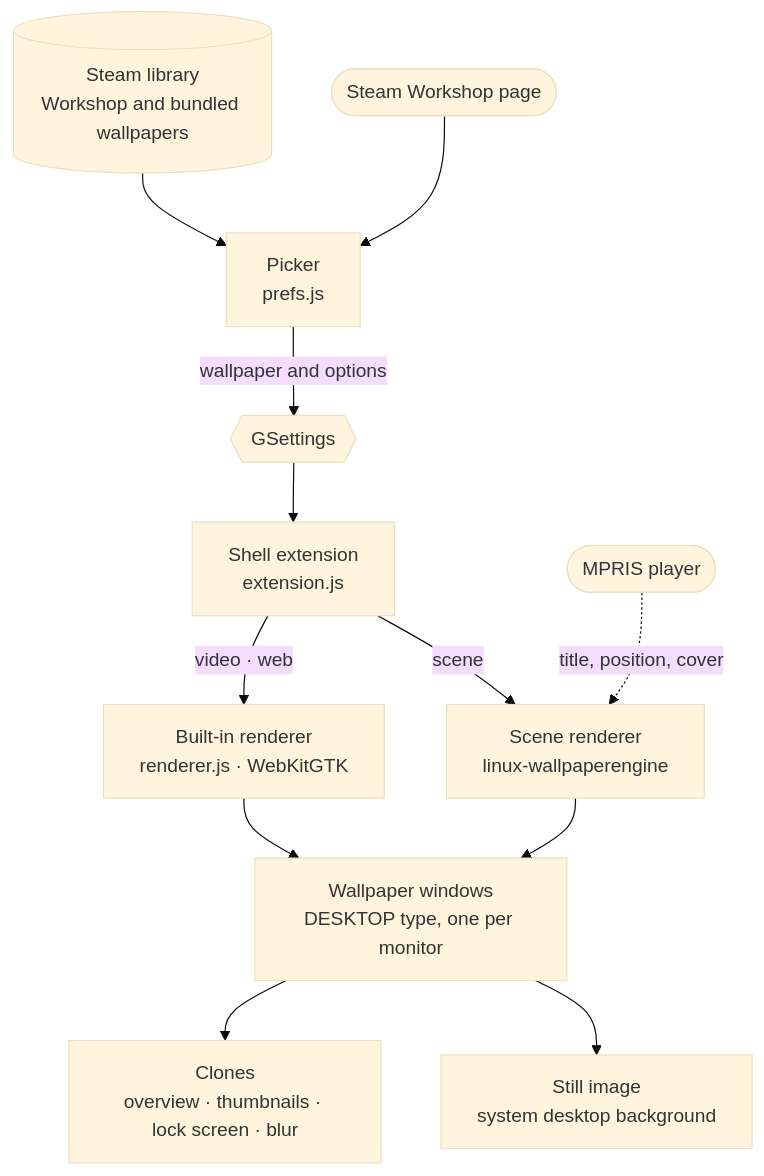
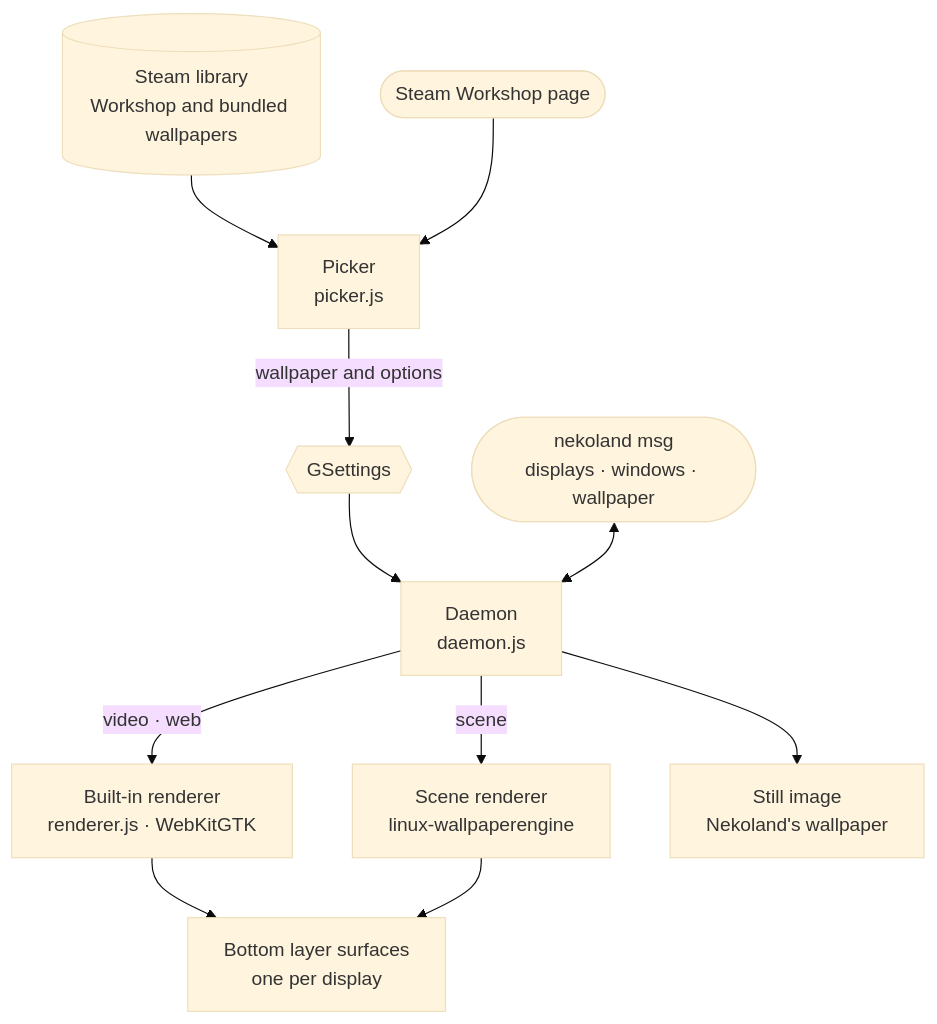
One commit to KoukeNeko/GNOME-Paper-Engine changed the diagram in README.md. Above: the diagram before and after it, drawn with Mermaid (base theme). The commit also changed other lines of this file and 30 other files, not shown here.

````diff
--- a/README.md
+++ b/README.md
@@ -265,26 +159,24 @@
 ```mermaid
 flowchart TB
     steam[("Steam library<br>Workshop and bundled wallpapers")]
     workshop(["Steam Workshop page"])
-    picker["Picker<br>prefs.js"]
+    picker["Picker<br>picker.js"]
     settings{{"GSettings"}}
-    extension["Shell extension<br>extension.js"]
+    daemon["Daemon<br>daemon.js"]
+    nekoland(["nekoland msg<br>displays · windows · wallpaper"])
     builtin["Built-in renderer<br>renderer.js · WebKitGTK"]
     scene["Scene renderer<br>linux-wallpaperengine"]
-    mpris(["MPRIS player"])
-    windows["Wallpaper windows<br>DESKTOP type, one per monitor"]
-    clones["Clones<br>overview · thumbnails · lock screen · blur"]
-    still["Still image<br>system desktop background"]
+    layers["Bottom layer surfaces<br>one per display"]
+    still["Still image<br>Nekoland's wallpaper"]
 
     steam --> picker
     workshop --> picker
     picker -- "wallpaper and options" --> settings
-    settings --> extension
-    extension -- "video · web" --> builtin
-    extension -- "scene" --> scene
-    mpris -. "title, position, cover" .-> scene
-    builtin --> windows
-    scene --> windows
-    windows --> clones
-    windows --> still
+    settings --> daemon
+    nekoland <--> daemon
+    daemon -- "video · web" --> builtin
+    daemon -- "scene" --> scene
+    builtin --> layers
+    scene --> layers
+    daemon --> still
 ```
````
